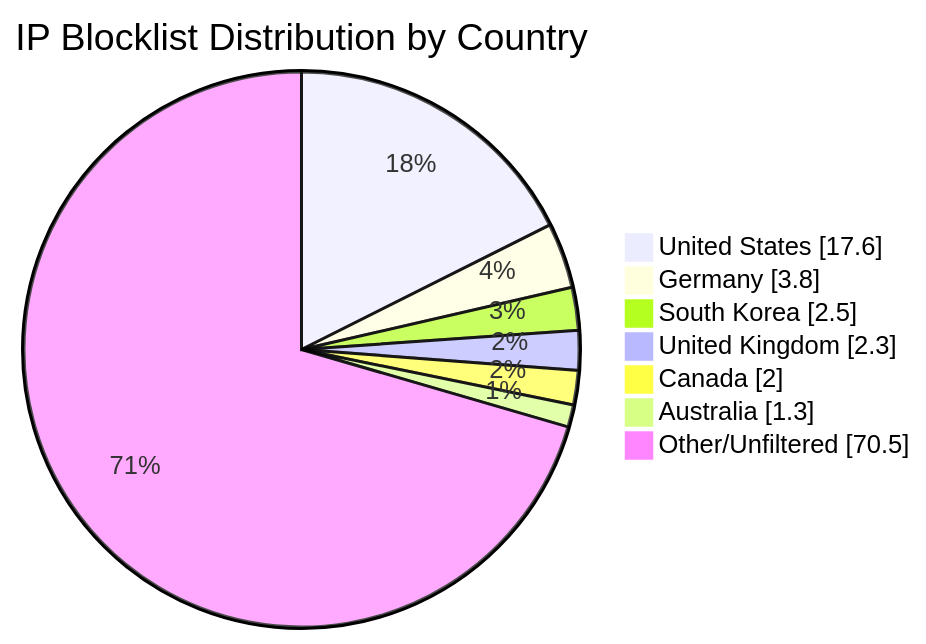
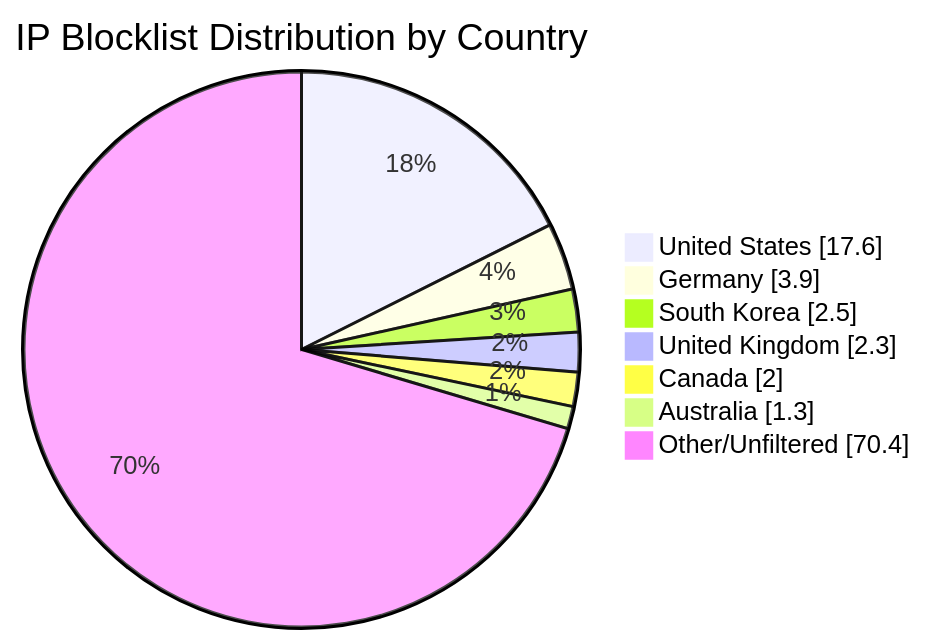
One commit to MarcusHoltz/ipblocklist-geofiltered-aggregator changed the diagram in README.md. Above: the diagram before and after it, drawn with Mermaid. The commit also changed other lines of this file and 9 other files, not shown here.

````diff
--- a/README.md
+++ b/README.md
@@ -34,10 +34,10 @@
 ```mermaid
 pie showData title IP Blocklist Distribution by Country
 "United States" : 17.6
-"Germany" : 3.8
+"Germany" : 3.9
 "South Korea" : 2.5
 "United Kingdom" : 2.3
 "Canada" : 2.0
 "Australia" : 1.3
-"Other/Unfiltered" : 70.5
+"Other/Unfiltered" : 70.4
 ```
````
